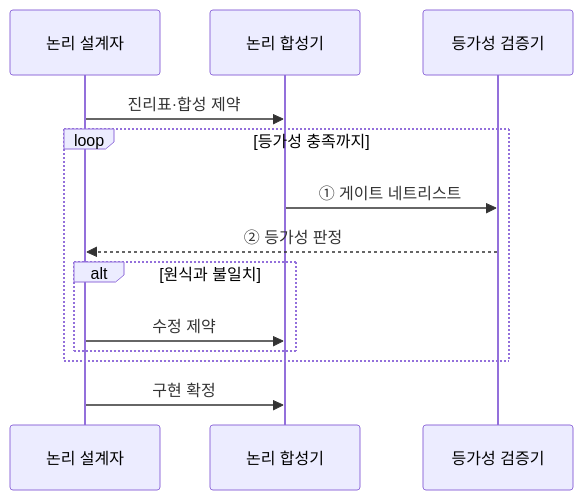
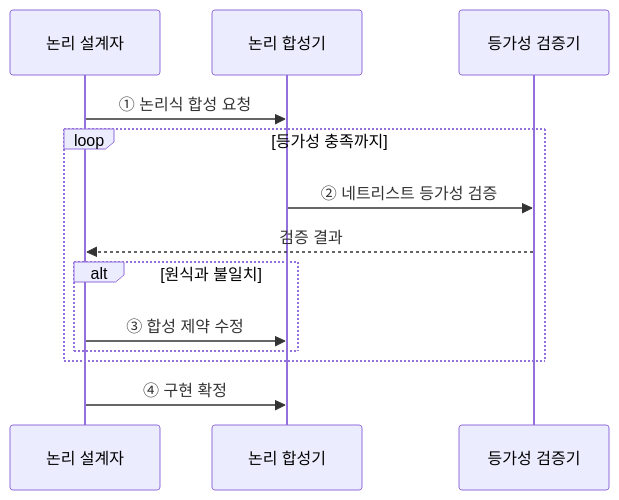
Before and after one commit to agnusdei1207/knowledge-base: the second of 2 diagrams in src/content/docs/notes/01-basic-theory/025_logic_gates_boolean.md, drawn with Mermaid. The commit also changed other lines of this file and 20 other files, not shown here.

````diff
--- a/src/content/docs/notes/01-basic-theory/025_logic_gates_boolean.md
+++ b/src/content/docs/notes/01-basic-theory/025_logic_gates_boolean.md
@@ -91,15 +92,15 @@
 ```mermaid
 sequenceDiagram
     participant D as 논리 설계자
     participant S as 논리 합성기
     participant V as 등가성 검증기
-    D->>S: 진리표·합성 제약
+    D->>S: ① 논리식 합성 요청
     loop 등가성 충족까지
-        S->>V: ① 게이트 네트리스트
-        V-->>D: ② 등가성 판정
+        S->>V: ② 네트리스트 등가성 검증
+        V-->>D: 검증 결과
         alt 원식과 불일치
-            D->>S: 수정 제약
+            D->>S: ③ 합성 제약 수정
         end
     end
-    D->>S: 구현 확정
+    D->>S: ④ 구현 확정
 ```
````
